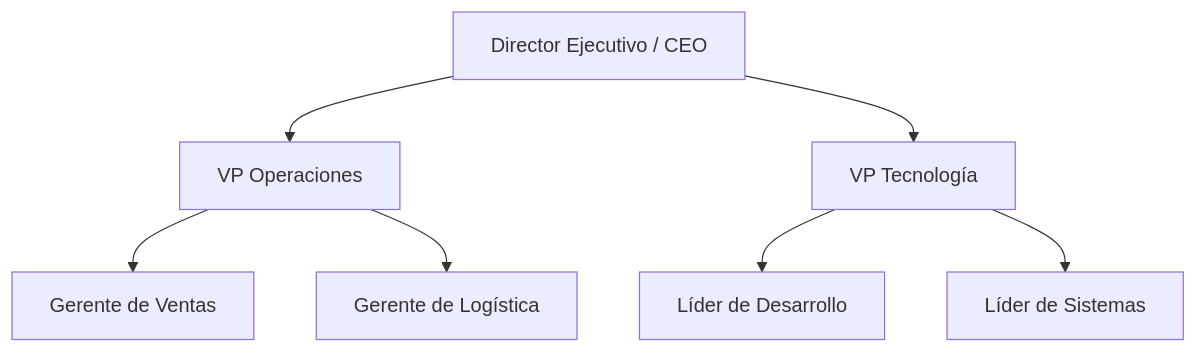
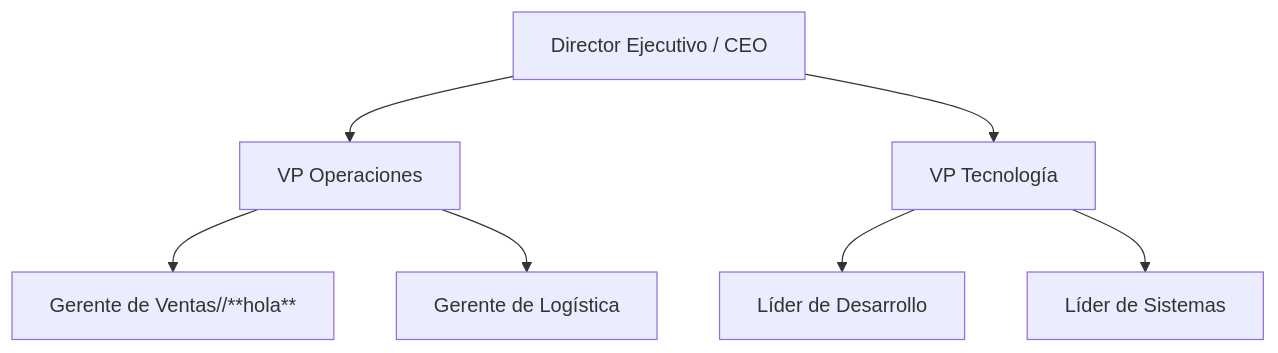
Before and after one commit to reynaldocv/macusp: the diagram in README.md, drawn with Mermaid.

````diff
--- a/README.md
+++ b/README.md
@@ -243,11 +243,11 @@
 ```mermaid
 graph TD
     CEO[Director Ejecutivo / CEO] --> VP1[VP Operaciones]
     CEO --> VP2[VP Tecnología]
     
-    VP1 --> M1[Gerente de Ventas]
+    VP1 --> M1[Gerente de Ventas//**hola**]
     VP1 --> M2[Gerente de Logística]
     
     VP2 --> M3[Líder de Desarrollo]
     VP2 --> M4[Líder de Sistemas]
 ```
````
